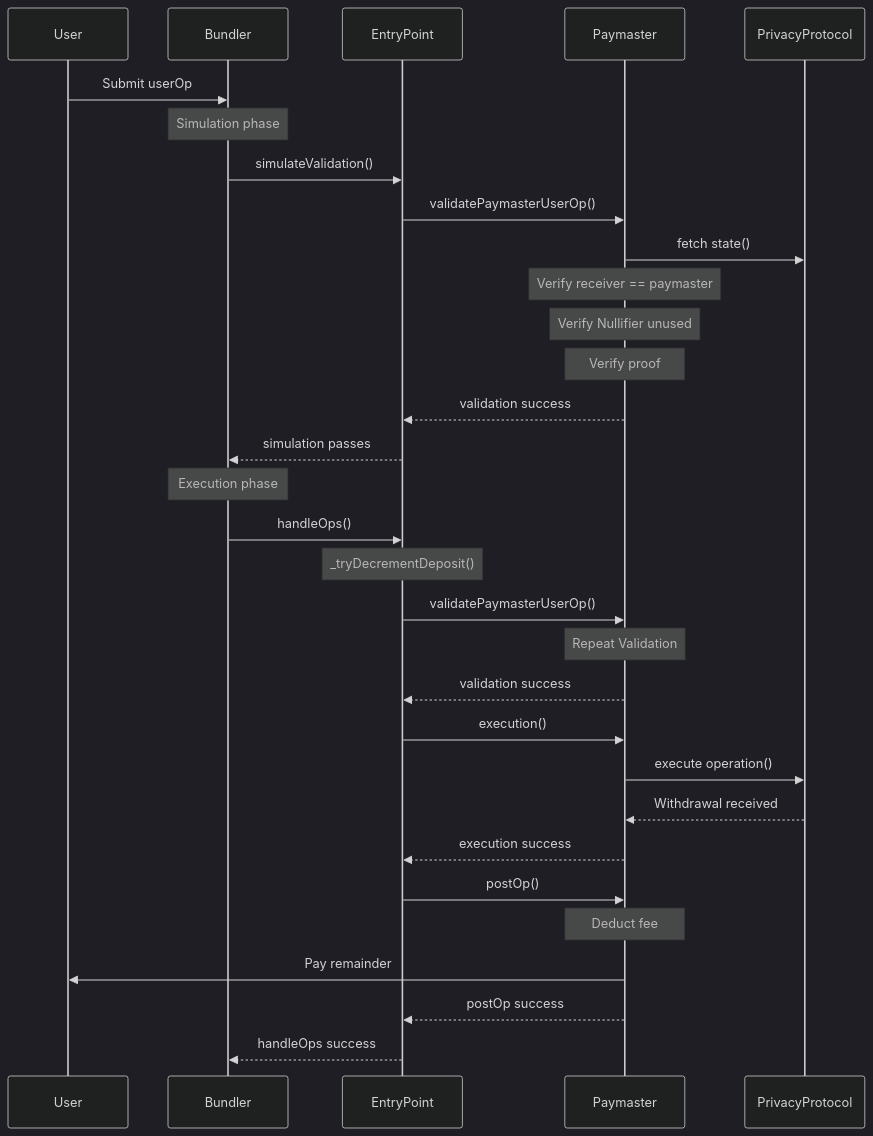
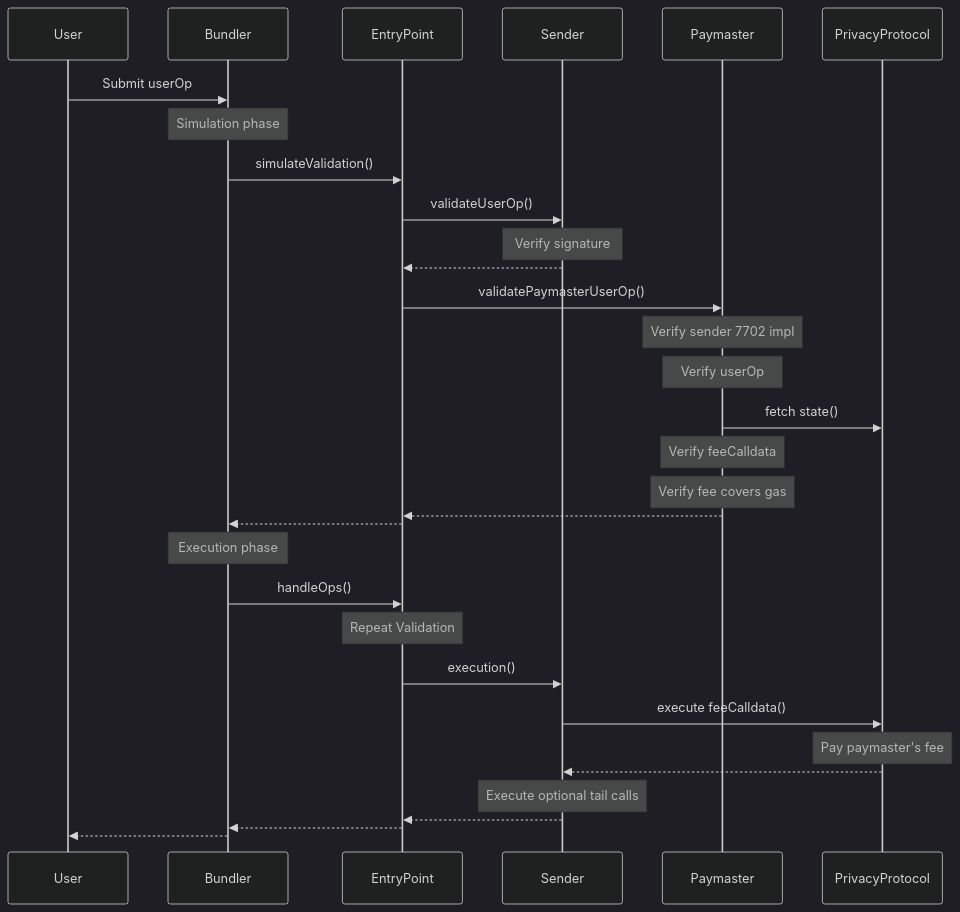
One commit to Robert-MacWha/privacy-paymaster changed the diagram in docs/architecture.md. Above: the diagram before and after it, drawn with Mermaid (dark theme). The commit also changed other lines of this file and 2 other files, not shown here.

````diff
--- a/docs/architecture.md
+++ b/docs/architecture.md
@@ -7,38 +8,39 @@
 ```mermaid
 sequenceDiagram
     participant User
     participant Bundler
     participant EntryPoint
+    participant Sender
     participant Paymaster
     participant PrivacyProtocol
  
     User->>Bundler: Submit userOp
     Note over Bundler: Simulation phase
  
     Bundler->>EntryPoint: simulateValidation()
+    EntryPoint->>Sender: validateUserOp()
+    Note over Sender: Verify signature
+    Sender-->>EntryPoint:
     EntryPoint->>Paymaster: validatePaymasterUserOp()
+    Note over Paymaster: Verify sender 7702 impl
+    Note over Paymaster: Verify userOp
     Paymaster->>PrivacyProtocol: fetch state()
-    Note over Paymaster: Verify receiver == paymaster
-    Note over Paymaster: Verify Nullifier unused
-    Note over Paymaster: Verify proof
-    Paymaster-->>EntryPoint: validation success
-    EntryPoint-->>Bundler: simulation passes
+    Note over Paymaster: Verify feeCalldata
+    Note over Paymaster: Verify fee covers gas
+    Paymaster-->>EntryPoint: 
+    EntryPoint-->>Bundler:
  
     Note over Bundler: Execution phase
  
     Bundler->>EntryPoint: handleOps()
-    Note over EntryPoint: _tryDecrementDeposit()
-    EntryPoint->>Paymaster: validatePaymasterUserOp()
-    Note over Paymaster: Repeat Validation
-    Paymaster-->>EntryPoint: validation success
+    Note over EntryPoint: Repeat Validation
  
-    EntryPoint->>Paymaster: execution()
-    Paymaster->>PrivacyProtocol: execute operation()
-    PrivacyProtocol-->>Paymaster: Withdrawal received
-    Paymaster-->>EntryPoint: execution success
-    EntryPoint->>Paymaster: postOp()
-    Note over Paymaster: Deduct fee
-    Paymaster->>User: Pay remainder
-    Paymaster-->>EntryPoint: postOp success
-    EntryPoint-->>Bundler: handleOps success
+    EntryPoint->>Sender: execution()
+    Sender->>PrivacyProtocol: execute feeCalldata() 
+    Note over PrivacyProtocol: Pay paymaster's fee
+    PrivacyProtocol-->>Sender: 
+    Note over Sender: Execute optional tail calls
+    Sender-->>EntryPoint: 
+    EntryPoint-->>Bundler:
+    Bundler-->>User: 
 ```
````
